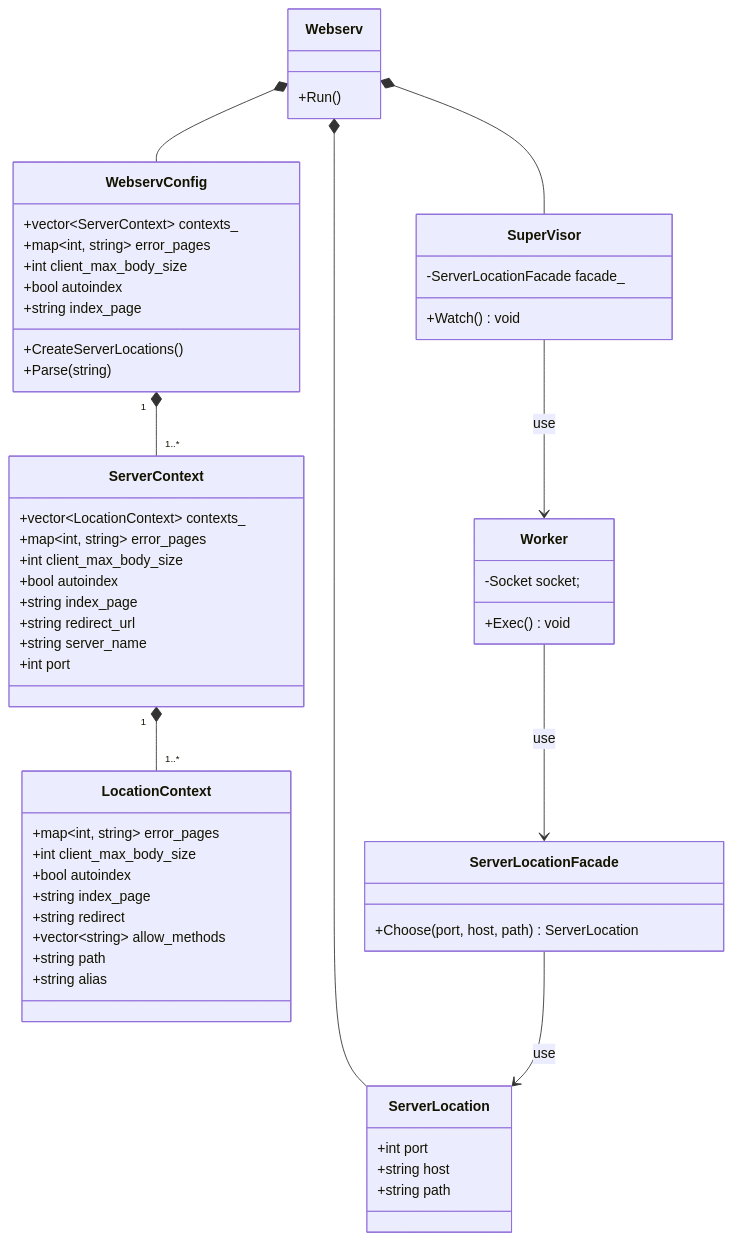
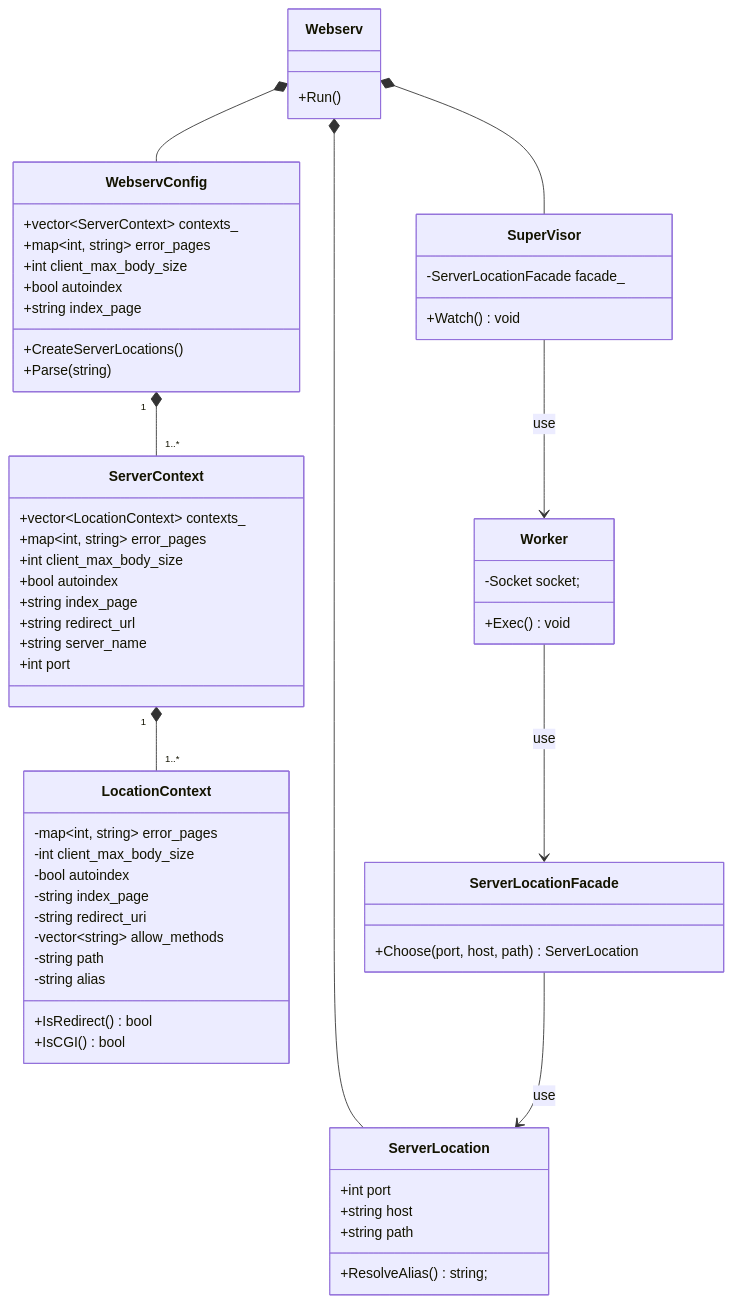
The diagram in docs/class/config_class.md (katataku/webserv), drawn with Mermaid before and after one commit. The commit also changed 1 other file, not shown here.

Commit message:
fix: transactionの擬似コードを追加

````diff
--- a/docs/class/config_class.md
+++ b/docs/class/config_class.md
@@ -1,73 +1,76 @@
 ```mermaid
 classDiagram
     Webserv *-- WebservConfig
     WebservConfig "1" *-- "1..*" ServerContext
     ServerContext "1" *-- "1..*" LocationContext
 
     Webserv *-- SuperVisor
     Webserv *-- ServerLocation
     SuperVisor --> Worker : use
     Worker --> ServerLocationFacade : use
     ServerLocationFacade --> ServerLocation: use
 
     class WebservConfig {
         +vector~ServerContext~ contexts_
         +map~int, string~ error_pages
         +int client_max_body_size
         +bool autoindex
         +string index_page
         +CreateServerLocations()
         +Parse(string)
     }
 
     class ServerContext {
         +vector~LocationContext~ contexts_
         +map~int, string~ error_pages
         +int client_max_body_size
         +bool autoindex
         +string index_page
         +string redirect_url
         +string server_name
         +int port
     }
 
     class LocationContext {
-        +map~int, string~ error_pages
-        +int client_max_body_size
-        +bool autoindex
-        +string index_page
-        +string redirect
-        +vector~string~ allow_methods
-        +string path
-        +string alias
+        -map~int, string~ error_pages
+        -int client_max_body_size
+        -bool autoindex
+        -string index_page
+        -string redirect_uri
+        -vector~string~ allow_methods
+        -string path
+        -string alias
+        +IsRedirect() bool
+        +IsCGI() bool
     }
 
     class Webserv {
         +Run()
     }
 
     %% IO多重化とソケットクラスを生成してWorkerに処理を依頼するまでを担当する%%
     class SuperVisor {
         -ServerLocationFacade facade_
         +Watch() void
     }
 
     %% Socketを元に具体的な処理を担当する。 %%
     %% Requestを受け付けてResponseの返却をする %%
     class Worker {
         -Socket socket;
         +Exec() void
     }
 
     %% どのServerLocationを使用するかを決定する責務 %%
     class ServerLocationFacade {
         +Choose(port, host, path) ServerLocation
     }
 
     %% configを元に各locationごとの設定 %%
     class ServerLocation {
         +int port
         +string host
         +string path
+        +ResolveAlias() string;
     }
 ```
````
